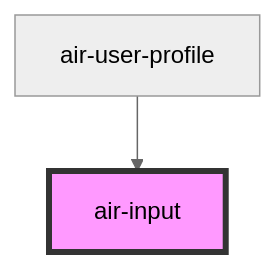
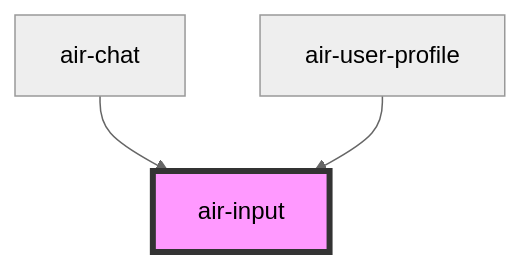
The diagram in src/components/input/readme.md (openwebstudio/AirUI), drawn with Mermaid (neutral theme) before and after one commit. The commit also changed other lines of this file and 27 other files, not shown here.

First line of the commit message:
feat:add previwer and fix button  fix previewer add tag ratingStar and chat and fix some bugs for button and input (#23)

````diff
--- a/src/components/input/readme.md
+++ b/src/components/input/readme.md
@@ -36,5 +37,6 @@
 ```mermaid
 graph TD;
+  air-chat --> air-input
   air-user-profile --> air-input
   style air-input fill:#f9f,stroke:#333,stroke-width:4px
 ```
````
